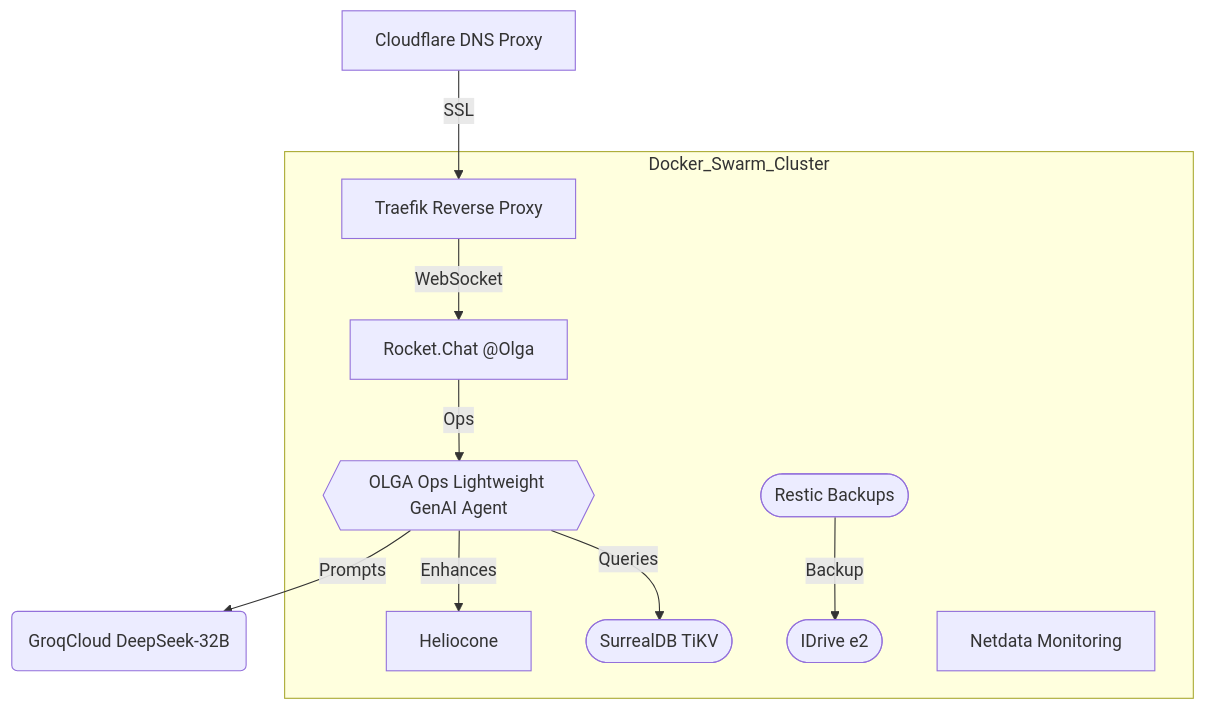
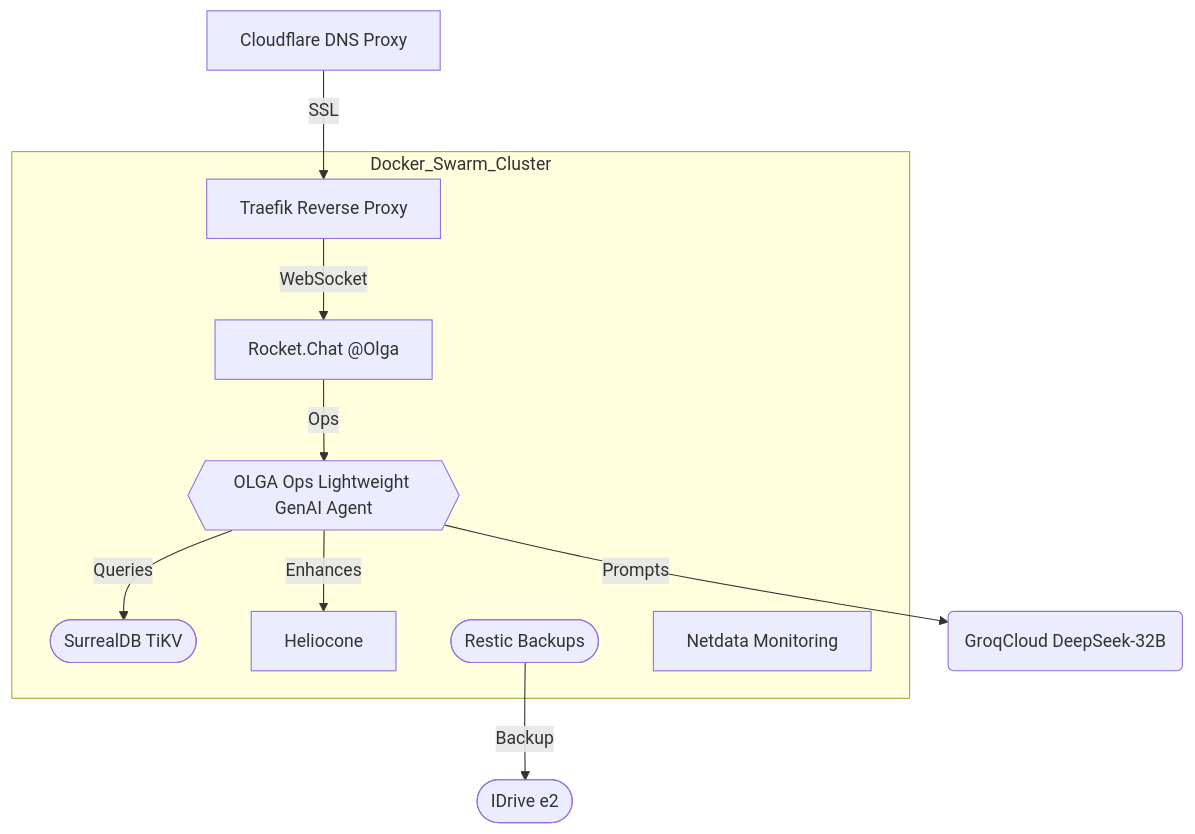
The second of 4 diagrams in projects/bnb/v6-b.md (deepbrainspace/deepbrain-stack), drawn with Mermaid before and after one commit. The commit also changed other lines of this file, not shown here.

````diff
--- a/projects/bnb/v6-b.md
+++ b/projects/bnb/v6-b.md
@@ -52,13 +52,14 @@
 ```mermaid
 flowchart TD
     U[Cloudflare DNS Proxy] -->|SSL| E[Traefik Reverse Proxy]
     subgraph Docker_Swarm_Cluster
         E -->|WebSocket| A[Rocket.Chat @Olga]
         A -->|Ops| B{{OLGA Ops Lightweight GenAI Agent}}
         B -->|Queries| C([SurrealDB TiKV])
         B -->|Enhances| F[Heliocone]
-        R([Restic Backups]) -->|Backup| I([IDrive e2])
+        R([Restic Backups])
         S[Netdata Monitoring]
     end
+    R -->|Backup| I([IDrive e2])
     B -->|Prompts| T(GroqCloud DeepSeek-32B)
 ```
````
